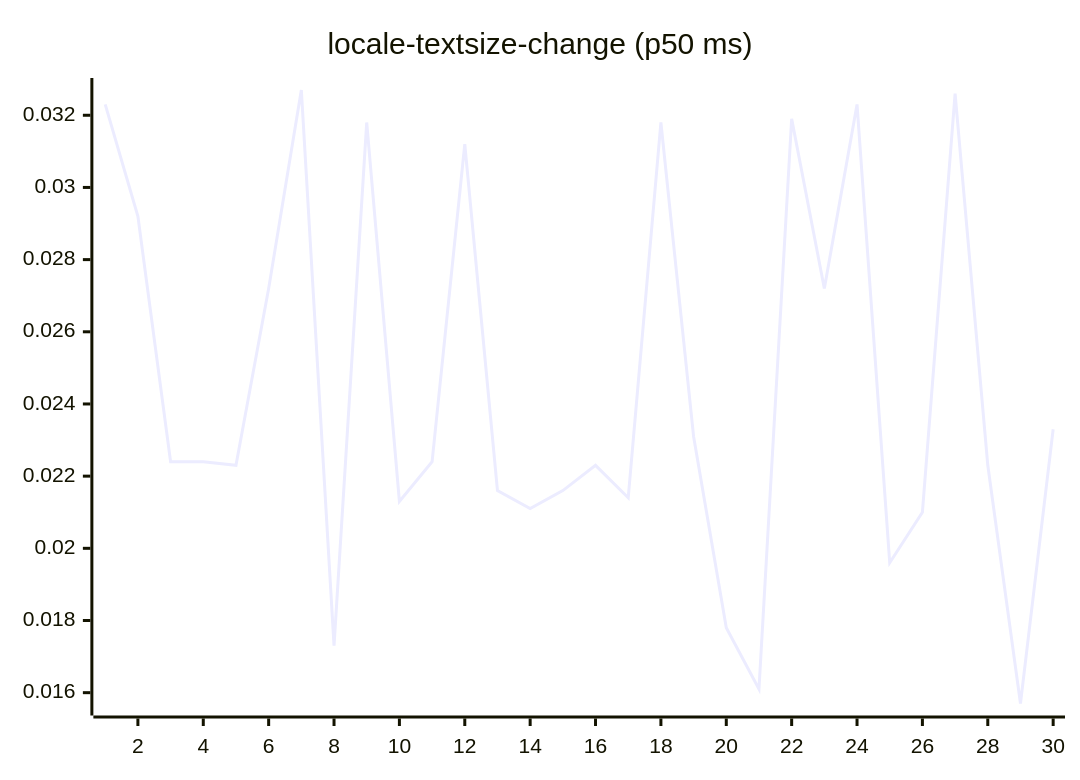
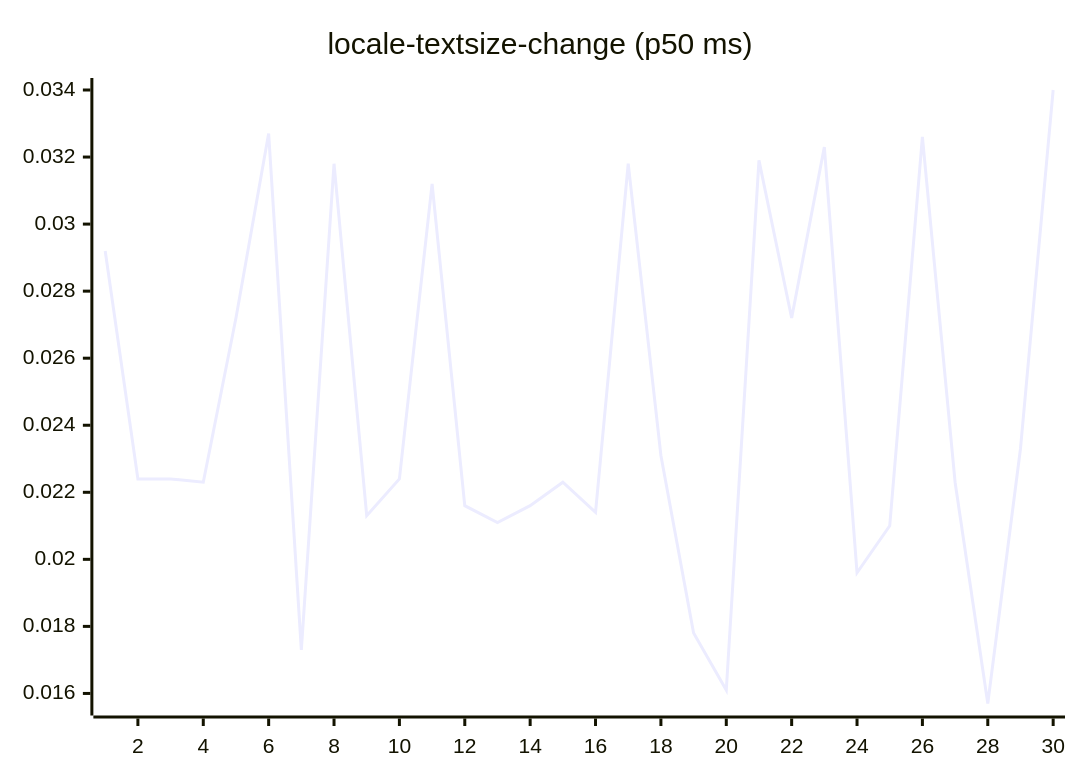
Before and after one commit to josha/Facet: diagram 13 of 27 in README.md, drawn with Mermaid. The commit also changed other lines of this file and 2 other files, not shown here.

````diff
--- a/README.md
+++ b/README.md
@@ -147,6 +147,6 @@
 ```mermaid
 xychart-beta
     title "locale-textsize-change (p50 ms)"
     x-axis 1 --> 30
-    line [0.0323, 0.0292, 0.0224, 0.0224, 0.0223, 0.0272, 0.0327, 0.0173, 0.0318, 0.0213, 0.0224, 0.0312, 0.0216, 0.0211, 0.0216, 0.0223, 0.0214, 0.0318, 0.0231, 0.0178, 0.0161, 0.0319, 0.0272, 0.0323, 0.0196, 0.0210, 0.0326, 0.0223, 0.0157, 0.0233]
+    line [0.0292, 0.0224, 0.0224, 0.0223, 0.0272, 0.0327, 0.0173, 0.0318, 0.0213, 0.0224, 0.0312, 0.0216, 0.0211, 0.0216, 0.0223, 0.0214, 0.0318, 0.0231, 0.0178, 0.0161, 0.0319, 0.0272, 0.0323, 0.0196, 0.0210, 0.0326, 0.0223, 0.0157, 0.0233, 0.0340]
 ```
````
